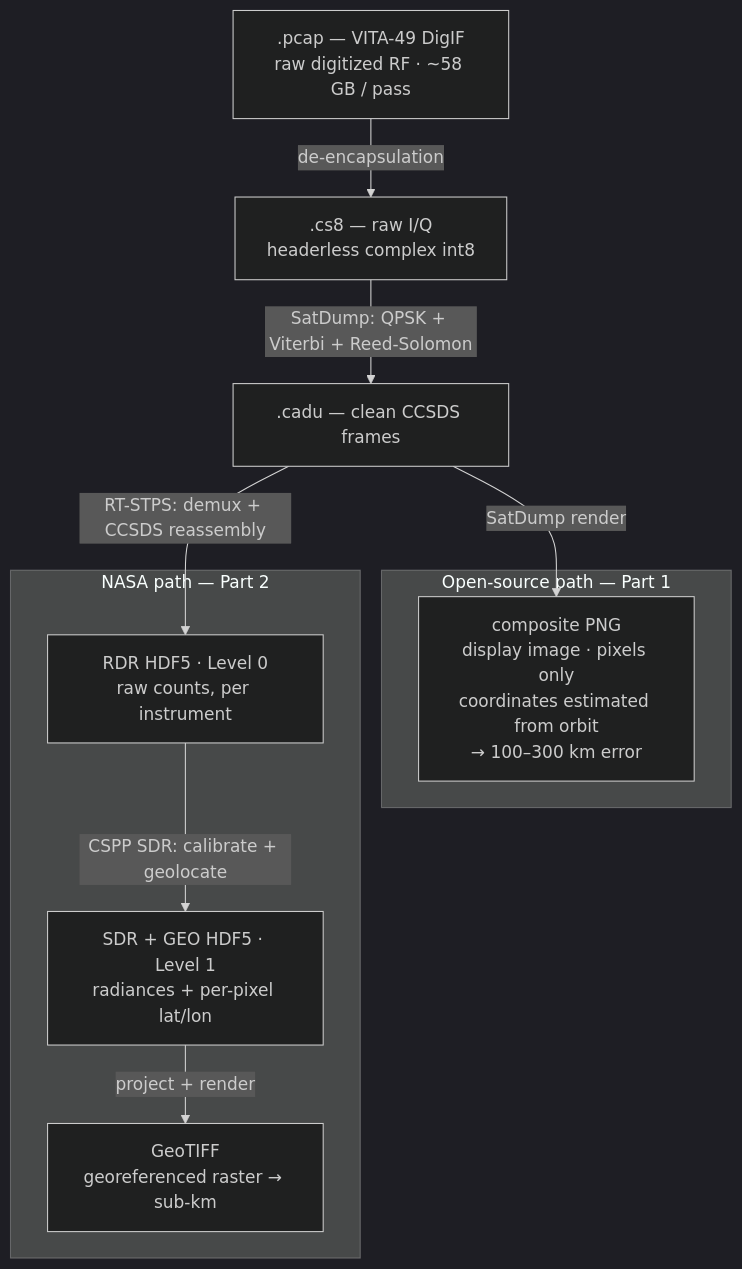
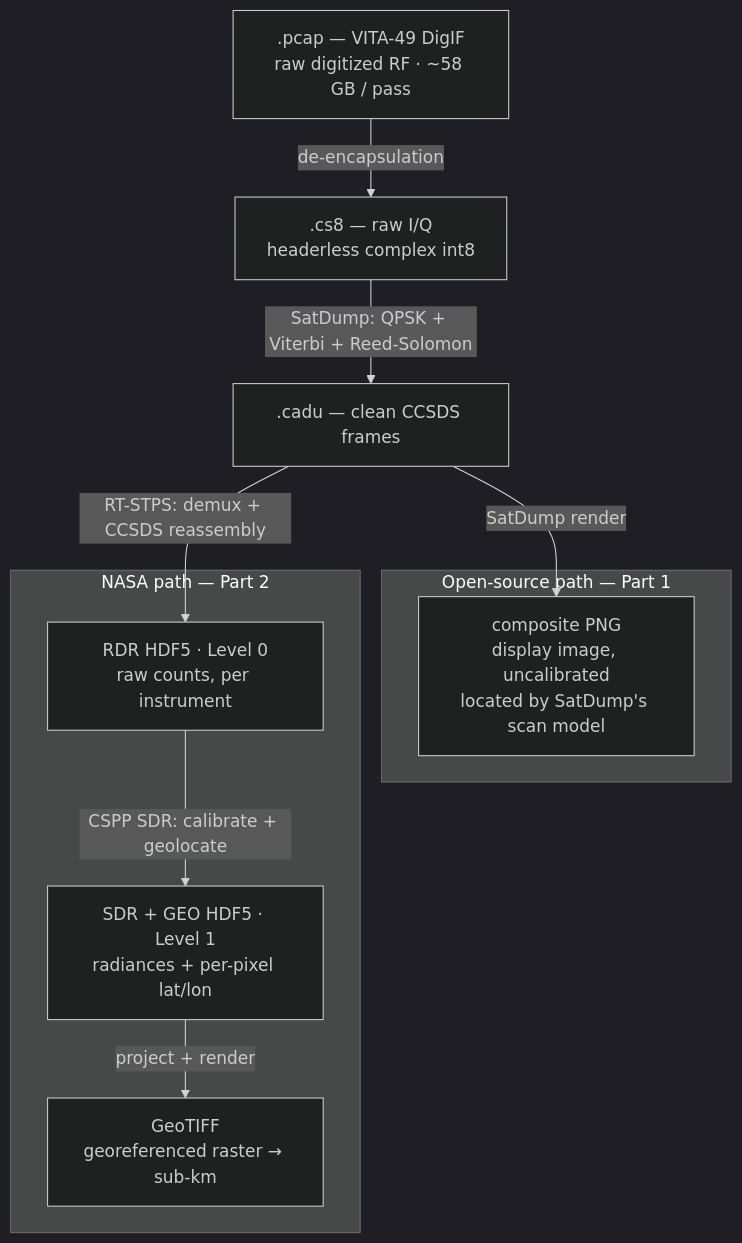
One commit to Mat0x4e/awsgroundstation changed the diagram in articles/article-2-nasa-software.md. Above: the diagram before and after it, drawn with Mermaid (dark theme). The commit also changed other lines of this file and 6 other files, not shown here.

First line of the commit message:
docs: park SatDump's own projection, and correct what it implies

````diff
--- a/articles/article-2-nasa-software.md
+++ b/articles/article-2-nasa-software.md
@@ -15,21 +15,21 @@
 ```mermaid
 flowchart TD
     PCAP[".pcap — VITA-49 DigIF<br/>raw digitized RF · ~58 GB / pass"]
     CS8[".cs8 — raw I/Q<br/>headerless complex int8"]
     CADU[".cadu — clean CCSDS frames"]
     PCAP -->|"de-encapsulation"| CS8
     CS8 -->|"SatDump: QPSK + Viterbi + Reed-Solomon"| CADU
 
     subgraph OS["Open-source path — Part 1"]
-      PNG["composite PNG<br/>display image · pixels only<br/>coordinates estimated from orbit<br/>→ 100–300 km error"]
+      PNG["composite PNG<br/>display image, uncalibrated<br/>located by SatDump's scan model"]
     end
     subgraph NASA["NASA path — Part 2"]
       RDR["RDR HDF5 · Level 0<br/>raw counts, per instrument"]
       SDR["SDR + GEO HDF5 · Level 1<br/>radiances + per-pixel lat/lon"]
       TIF["GeoTIFF<br/>georeferenced raster → sub-km"]
       RDR -->|"CSPP SDR: calibrate + geolocate"| SDR
       SDR -->|"project + render"| TIF
     end
     CADU -->|"SatDump render"| PNG
     CADU -->|"RT-STPS: demux + CCSDS reassembly"| RDR
 ```
````
